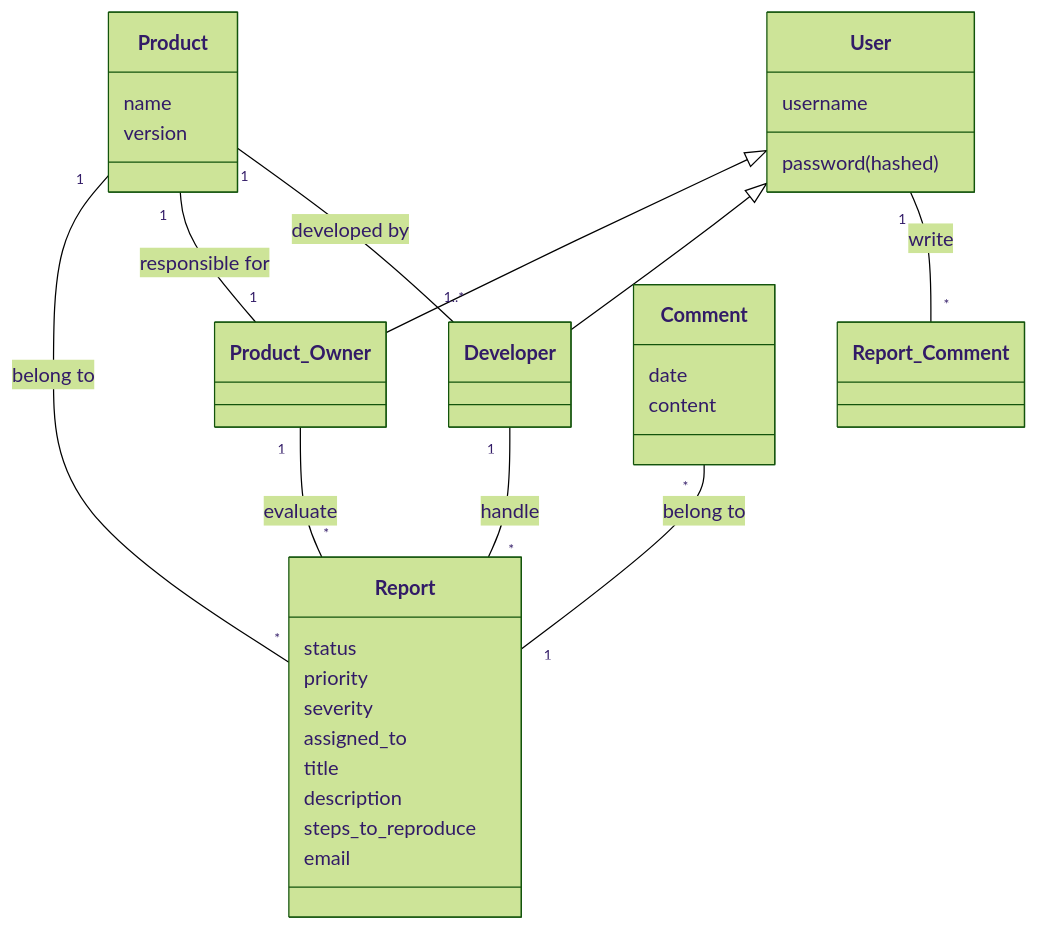
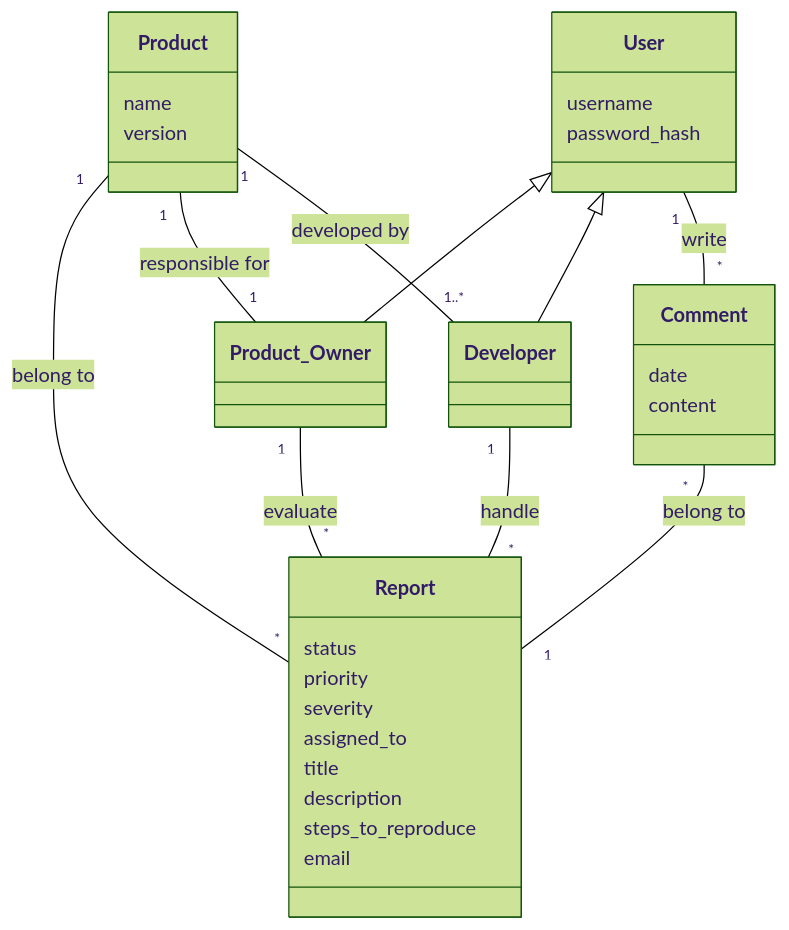
One commit to LinChengHao3606307/COMP_3297_Group_G_Project changed the diagram in README.md. Above: the diagram before and after it, drawn with Mermaid (forest theme).

Commit message:
Updated domain model

````diff
--- a/README.md
+++ b/README.md
@@ -41,46 +41,46 @@
 ```mermaid
 classDiagram
 
     User <|-- Product_Owner 
     User <|-- Developer
     
     Product "1" -- "*" Report : belong to
     Product "1" -- "1" Product_Owner : responsible for
     Product "1" -- "1..*" Developer : developed by
     
-    User "1" -- "*" Report_Comment : write
+    User "1" -- "*" Comment : write
 
     Developer "1" -- "*" Report : handle
     Product_Owner "1" -- "*" Report : evaluate
 
     Comment "*" -- "1" Report : belong to
 
 
     class Product{
         name
         version
     }
 
     class Report{
         status
         priority
         severity
         assigned_to
         title
         description
         steps_to_reproduce
         email
     }
 
     class Comment{
         date
         content
     }
 
     class User{
         username
-        password (hashed)
+        password_hash
     }
     
 
 ```
````
